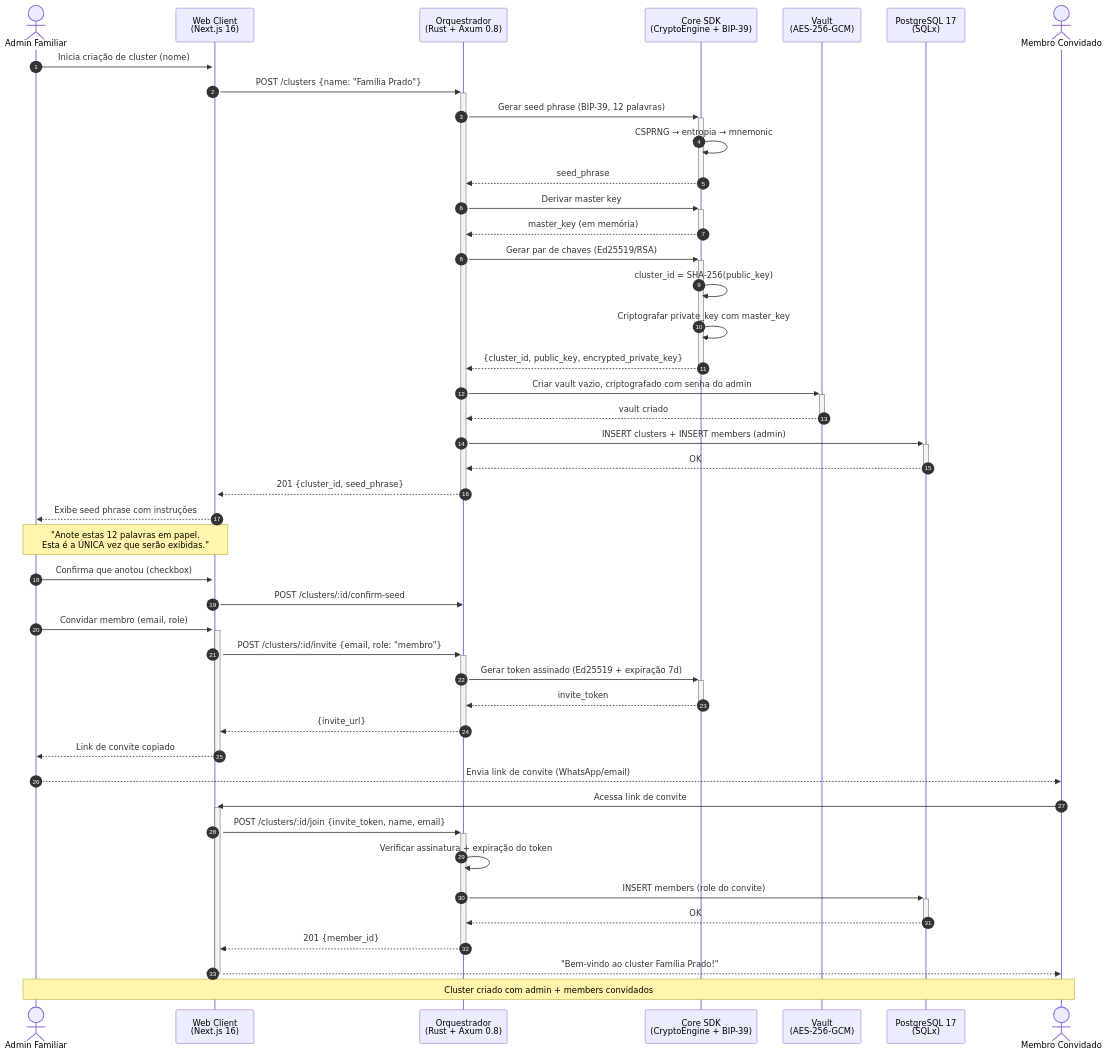
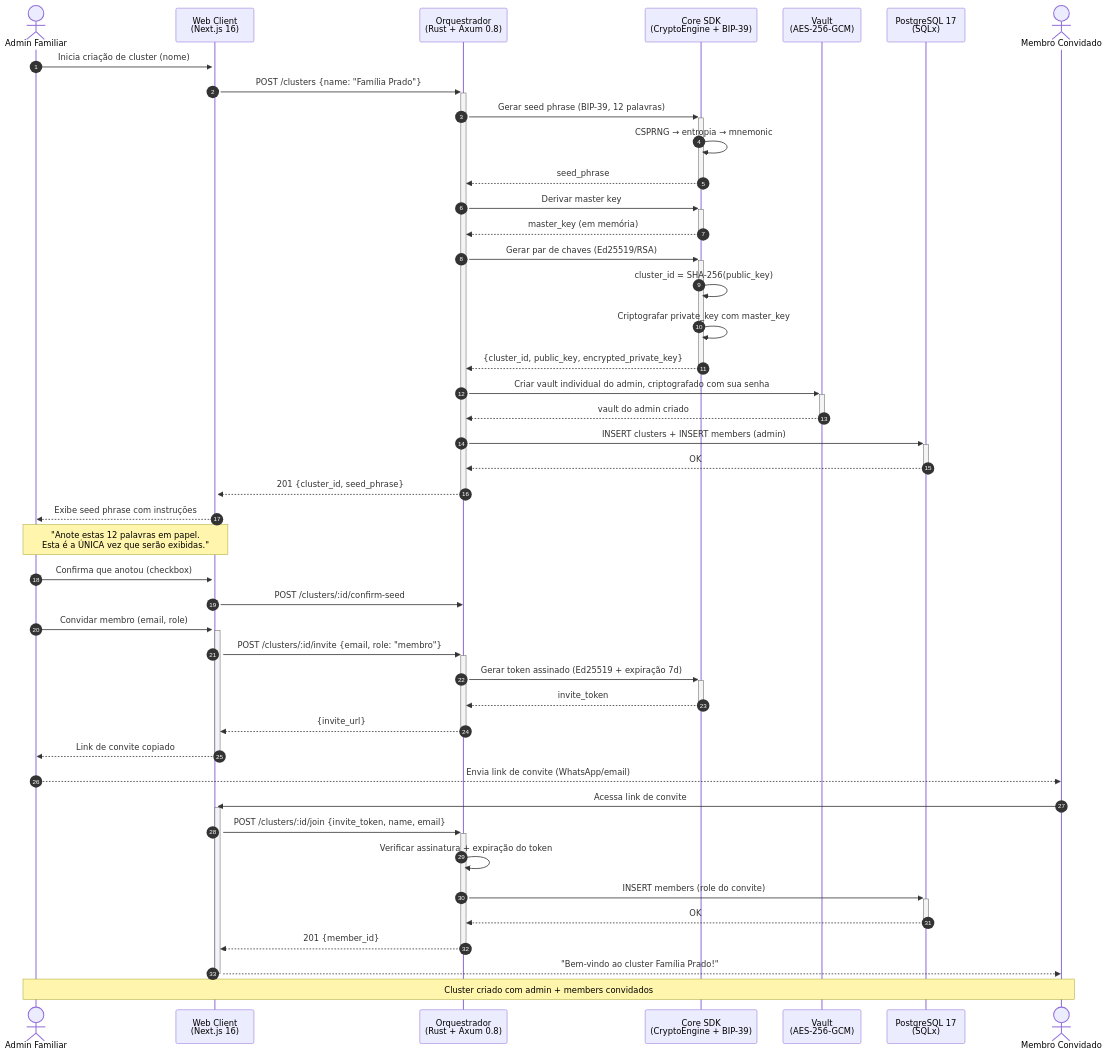
Before and after one commit to DouglasPrado/alexandria: the diagram in docs/diagrams/sequences/cluster-onboarding.mmd, drawn with Mermaid. The commit also changed 29 other files, not shown here.

```diff
--- a/docs/diagrams/sequences/cluster-onboarding.mmd
+++ b/docs/diagrams/sequences/cluster-onboarding.mmd
@@ -1,66 +1,66 @@
 %% Fluxo: Criação de Cluster e Onboarding
 %% Referência: docs/blueprint/07-critical_flows.md
 
 sequenceDiagram
     autonumber
 
     actor Admin as Admin Familiar
     participant Web as Web Client<br/>(Next.js 16)
     participant API as Orquestrador<br/>(Rust + Axum 0.8)
     participant SDK as Core SDK<br/>(CryptoEngine + BIP-39)
     participant Vault as Vault<br/>(AES-256-GCM)
     participant DB as PostgreSQL 17<br/>(SQLx)
     actor Membro as Membro Convidado
 
     %% Criação do cluster
     Admin ->>+ Web: Inicia criação de cluster (nome)
     Web ->>+ API: POST /clusters {name: "Família Prado"}
 
     API ->>+ SDK: Gerar seed phrase (BIP-39, 12 palavras)
     SDK ->> SDK: CSPRNG → entropia → mnemonic
     SDK -->>- API: seed_phrase
 
     API ->>+ SDK: Derivar master key
     SDK -->>- API: master_key (em memória)
 
     API ->>+ SDK: Gerar par de chaves (Ed25519/RSA)
     SDK ->> SDK: cluster_id = SHA-256(public_key)
     SDK ->> SDK: Criptografar private_key com master_key
     SDK -->>- API: {cluster_id, public_key, encrypted_private_key}
 
-    API ->>+ Vault: Criar vault vazio, criptografado com senha do admin
-    Vault -->>- API: vault criado
+    API ->>+ Vault: Criar vault individual do admin, criptografado com sua senha
+    Vault -->>- API: vault do admin criado
 
     API ->>+ DB: INSERT clusters + INSERT members (admin)
     DB -->>- API: OK
 
     API -->>- Web: 201 {cluster_id, seed_phrase}
     Web -->> Admin: Exibe seed phrase com instruções
 
     Note over Admin, Web: "Anote estas 12 palavras em papel.<br/>Esta é a ÚNICA vez que serão exibidas."
 
     Admin ->> Web: Confirma que anotou (checkbox)
     Web ->> API: POST /clusters/:id/confirm-seed
 
     %% Convite de membros
     Admin ->>+ Web: Convidar membro (email, role)
     Web ->>+ API: POST /clusters/:id/invite {email, role: "membro"}
 
     API ->>+ SDK: Gerar token assinado (Ed25519 + expiração 7d)
     SDK -->>- API: invite_token
 
     API -->>- Web: {invite_url}
     Web -->>- Admin: Link de convite copiado
 
     Admin -->> Membro: Envia link de convite (WhatsApp/email)
 
     %% Aceite
     Membro ->>+ Web: Acessa link de convite
     Web ->>+ API: POST /clusters/:id/join {invite_token, name, email}
     API ->> API: Verificar assinatura + expiração do token
     API ->>+ DB: INSERT members (role do convite)
     DB -->>- API: OK
     API -->>- Web: 201 {member_id}
     Web -->>- Membro: "Bem-vindo ao cluster Família Prado!"
 
     Note over Admin, Membro: Cluster criado com admin + members convidados
```
